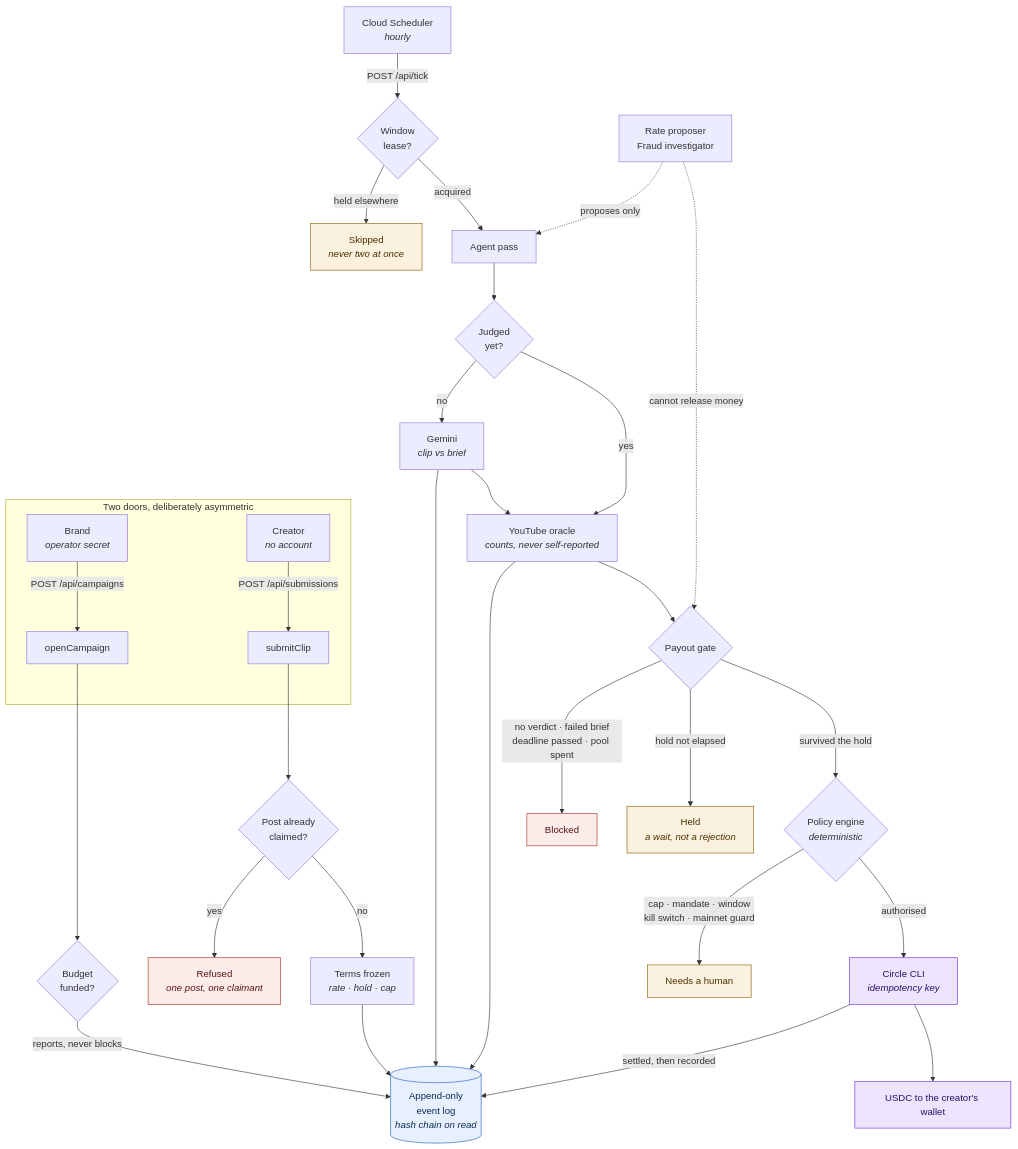
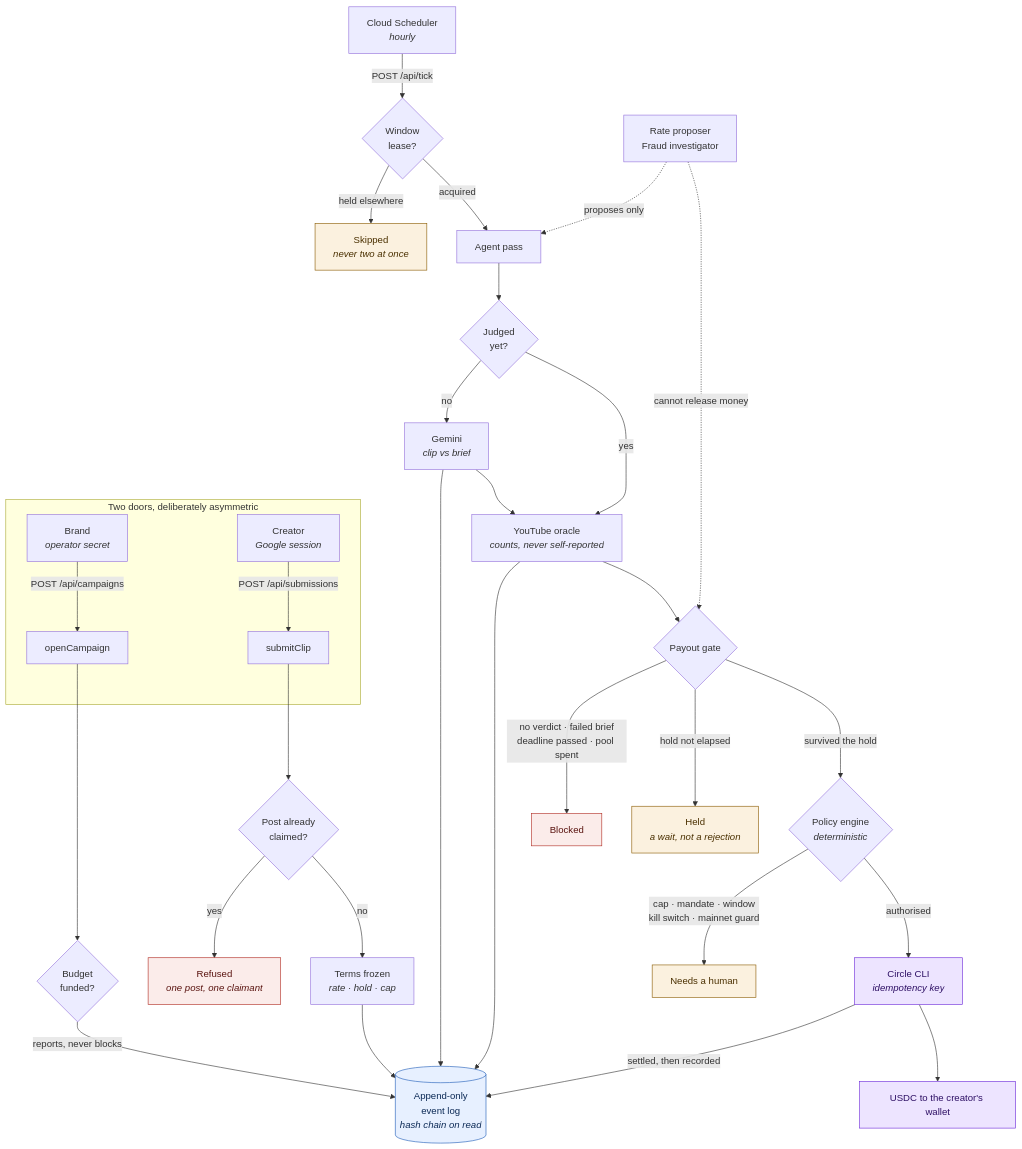
One commit to Aditya-galaxy/merlinclips changed the first of 2 diagrams in ARCHITECTURE.md. Above: the diagram before and after it, drawn with Mermaid. The commit also changed other lines of this file and 1 other file, not shown here.

First line of the commit message:
Document how every caller authenticates and how a clip becomes a payment

````diff
--- a/ARCHITECTURE.md
+++ b/ARCHITECTURE.md
@@ -15,47 +15,47 @@
 ```mermaid
 flowchart TB
     subgraph doors["Two doors, deliberately asymmetric"]
         B["Brand<br/><i>operator secret</i>"] -->|"POST /api/campaigns"| OC["openCampaign"]
-        C["Creator<br/><i>no account</i>"] -->|"POST /api/submissions"| SC["submitClip"]
+        C["Creator<br/><i>Google session</i>"] -->|"POST /api/submissions"| SC["submitClip"]
     end
 
     OC --> FUND{"Budget<br/>funded?"}
     FUND -->|"reports, never blocks"| LOG[("Append-only<br/>event log<br/><i>hash chain on read</i>")]
     SC --> CLAIM{"Post already<br/>claimed?"}
     CLAIM -->|"yes"| REFUSE1["Refused<br/><i>one post, one claimant</i>"]
     CLAIM -->|"no"| TERMS["Terms frozen<br/><i>rate · hold · cap</i>"]
     TERMS --> LOG
 
     SCHED["Cloud Scheduler<br/><i>hourly</i>"] -->|"POST /api/tick"| LEASE{"Window<br/>lease?"}
     LEASE -->|"held elsewhere"| SKIP["Skipped<br/><i>never two at once</i>"]
     LEASE -->|"acquired"| TICK["Agent pass"]
 
     TICK --> V{"Judged<br/>yet?"}
     V -->|"no"| GEM["Gemini<br/><i>clip vs brief</i>"]
     GEM --> LOG
     V -->|"yes"| O
     GEM --> O["YouTube oracle<br/><i>counts, never self-reported</i>"]
     O --> LOG
 
     O --> GATE{"Payout gate"}
     GATE -->|"no verdict · failed brief<br/>deadline passed · pool spent"| BLOCK["Blocked"]
     GATE -->|"hold not elapsed"| HELD["Held<br/><i>a wait, not a rejection</i>"]
     GATE -->|"survived the hold"| POL{"Policy engine<br/><i>deterministic</i>"}
 
     POL -->|"cap · mandate · window<br/>kill switch · mainnet guard"| REQ["Needs a human"]
     POL -->|"authorised"| EX["Circle CLI<br/><i>idempotency key</i>"]
     EX -->|"settled, then recorded"| LOG
     EX --> PAID["USDC to the creator's wallet"]
 
     AGENT["Rate proposer<br/>Fraud investigator"] -.->|"proposes only"| TICK
     AGENT -.->|"cannot release money"| GATE
 
     classDef money fill:#EDE4FF,stroke:#6D28D9,color:#2E1065
     classDef refuse fill:#FBECEA,stroke:#B02A20,color:#5A1410
     classDef wait fill:#FBF1DF,stroke:#8A5A00,color:#4A3000
     classDef store fill:#E7F0FF,stroke:#1E5BB8,color:#0C2A56
     class PAID,EX money
     class REFUSE1,BLOCK refuse
     class HELD,SKIP,REQ wait
     class LOG store
 ```
````
